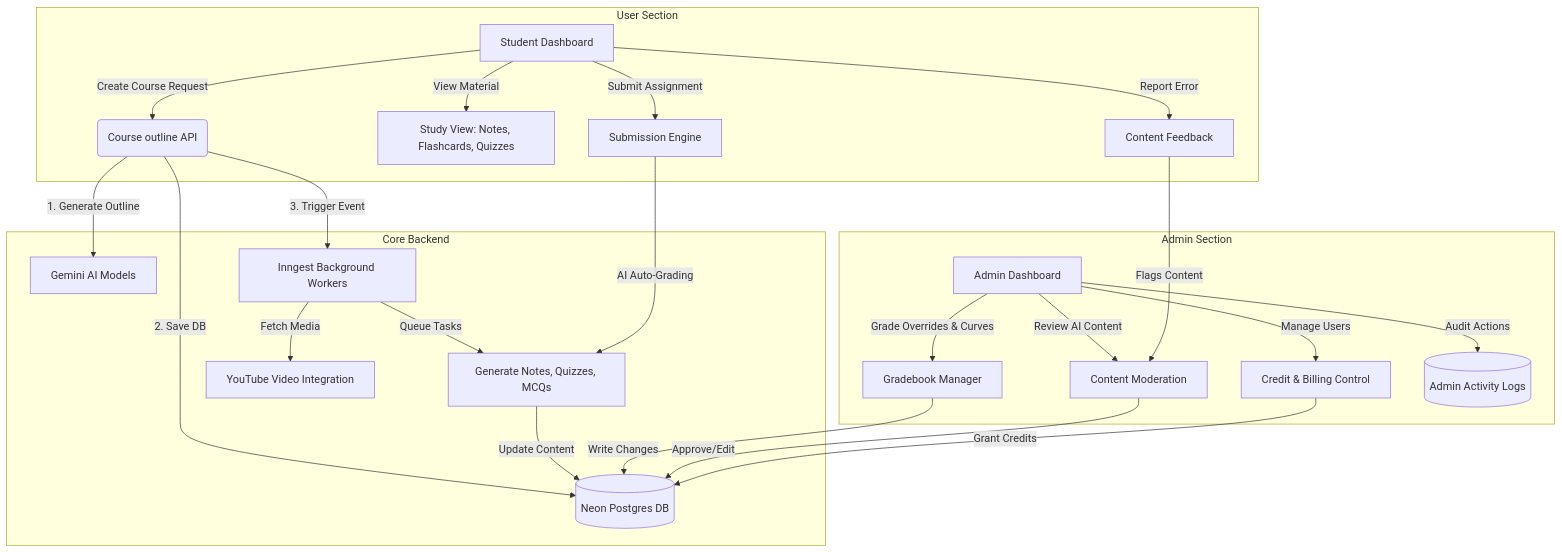
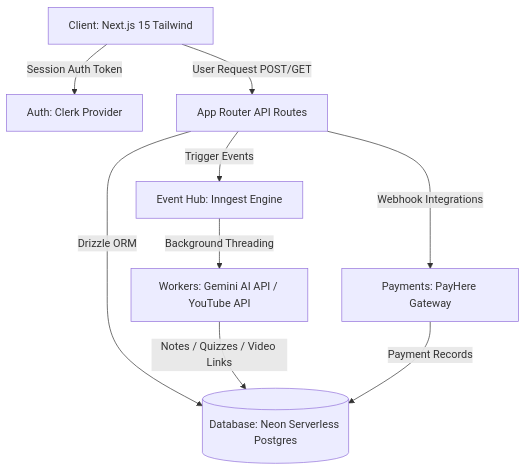
One commit to Rashid-RG/gemini-lms changed the diagram in feature_architecture_review.md. Above: the diagram before and after it, drawn with Mermaid. The commit also changed other lines of this file, not shown here.

Commit message:
Update system architecture review with security and decimal precision hardening documentation

````diff
--- a/feature_architecture_review.md
+++ b/feature_architecture_review.md
@@ -9,36 +19,18 @@
 ```mermaid
 graph TD
-    %% User Portal
-    subgraph User Section
-        A[Student Dashboard] -->|Create Course Request| B(Course outline API)
-        A -->|View Material| C[Study View: Notes, Flashcards, Quizzes]
-        A -->|Submit Assignment| D[Submission Engine]
-        A -->|Report Error| E[Content Feedback]
-    end
-
-    %% Database & Background Queues
-    subgraph Core Backend
-        B -->|1. Generate Outline| F[Gemini AI Models]
-        B -->|2. Save DB| G[(Neon Postgres DB)]
-        B -->|3. Trigger Event| H[Inngest Background Workers]
-        H -->|Queue Tasks| I[Generate Notes, Quizzes, MCQs]
-        H -->|Fetch Media| J[YouTube Video Integration]
-        I -->|Update Content| G
-    end
-
-    %% Admin Portal
-    subgraph Admin Section
-        K[Admin Dashboard] -->|Grade Overrides & Curves| L[Gradebook Manager]
-        K -->|Review AI Content| M[Content Moderation]
-        K -->|Manage Users| N[Credit & Billing Control]
-        K -->|Audit Actions| O[(Admin Activity Logs)]
-        
-        L -->|Write Changes| G
-        M -->|Approve/Edit| G
-        N -->|Grant Credits| G
-    end
-
-    %% Flow links
-    D -->|AI Auto-Grading| I
-    E -->|Flags Content| M
+    %% Clients & Authentication
+    A[Client: Next.js 15 Tailwind] -->|Session Auth Token| B[Auth: Clerk Provider]
+    A -->|User Request POST/GET| C[App Router API Routes]
+    
+    %% API Routing & Operations
+    C -->|Drizzle ORM| D[(Database: Neon Serverless Postgres)]
+    C -->|Trigger Events| E[Event Hub: Inngest Engine]
+    
+    %% Background Jobs
+    E -->|Background Threading| F[Workers: Gemini AI API / YouTube API]
+    F -->|Notes / Quizzes / Video Links| D
+    
+    %% Payment System
+    C -->|Webhook Integrations| G[Payments: PayHere Gateway]
+    G -->|Payment Records| D
 ```
````
